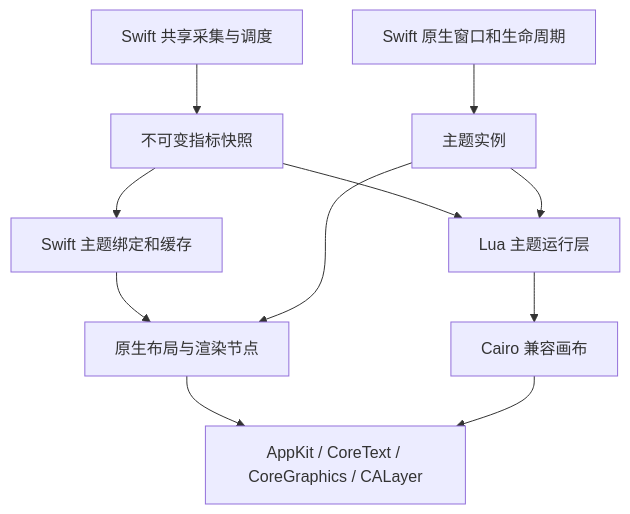
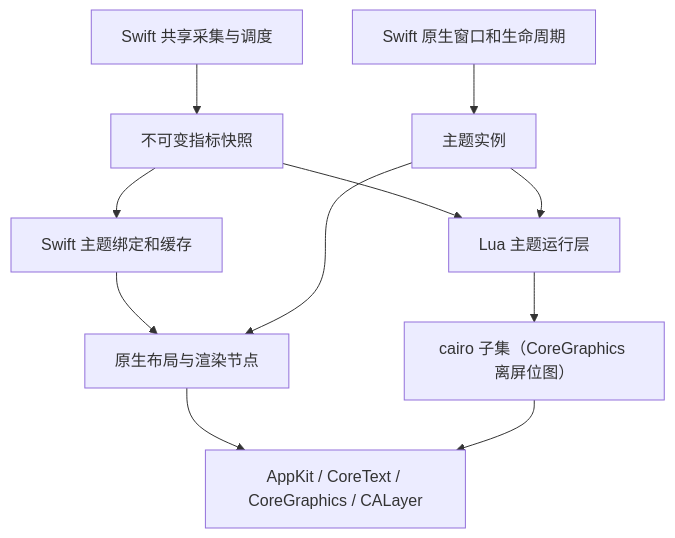
One commit to cchen7/conkymac changed the diagram in research/swift-native-architecture.md. Above: the diagram before and after it, drawn with Mermaid. The commit also changed other lines of this file and 2 other files, not shown here.

Commit message:
docs: record the CoreGraphics cairo subset decision and Lua theme usage

````diff
--- a/research/swift-native-architecture.md
+++ b/research/swift-native-architecture.md
@@ -66,13 +66,13 @@
 ```mermaid
 flowchart TD
   A[Swift 原生窗口和生命周期] --> B[主题实例]
   C[Swift 共享采集与调度] --> D[不可变指标快照]
   D --> E[Swift 主题绑定和缓存]
   E --> F[原生布局与渲染节点]
   F --> G[AppKit / CoreText / CoreGraphics / CALayer]
   D --> H[Lua 主题运行层]
   B --> F
   B --> H
-  H --> I[Cairo 兼容画布]
+  H --> I[cairo 子集（CoreGraphics 离屏位图）]
   I --> G
 ```
````
